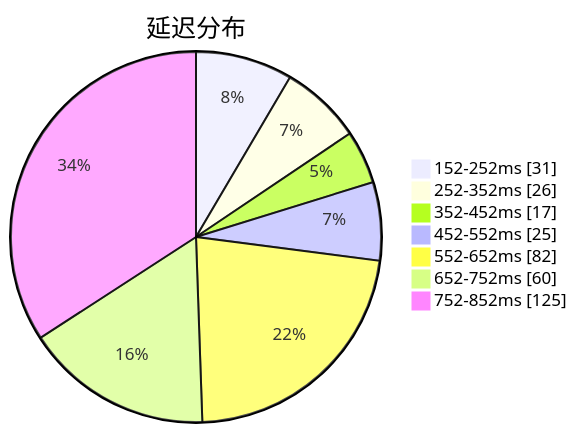
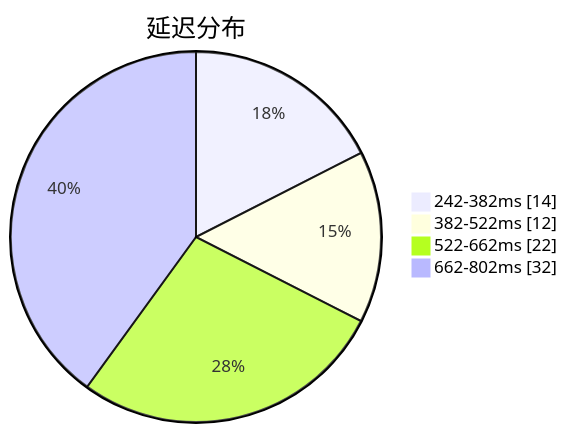
The first of 3 diagrams in subs/statistics/tested_within.md (qjlxg/airport), drawn with Mermaid before and after one commit. The commit also changed other lines of this file and 2 other files, not shown here.

Commit message:
Tested by metaST

````diff
--- a/subs/statistics/tested_within.md
+++ b/subs/statistics/tested_within.md
@@ -2,11 +2,8 @@
 ```mermaid
 pie showData
 title 延迟分布
-"152-252ms" : 31
-"252-352ms" : 26
-"352-452ms" : 17
-"452-552ms" : 25
-"552-652ms" : 82
-"652-752ms" : 60
-"752-852ms" : 125
+"242-382ms" : 14
+"382-522ms" : 12
+"522-662ms" : 22
+"662-802ms" : 32
 ```
````
